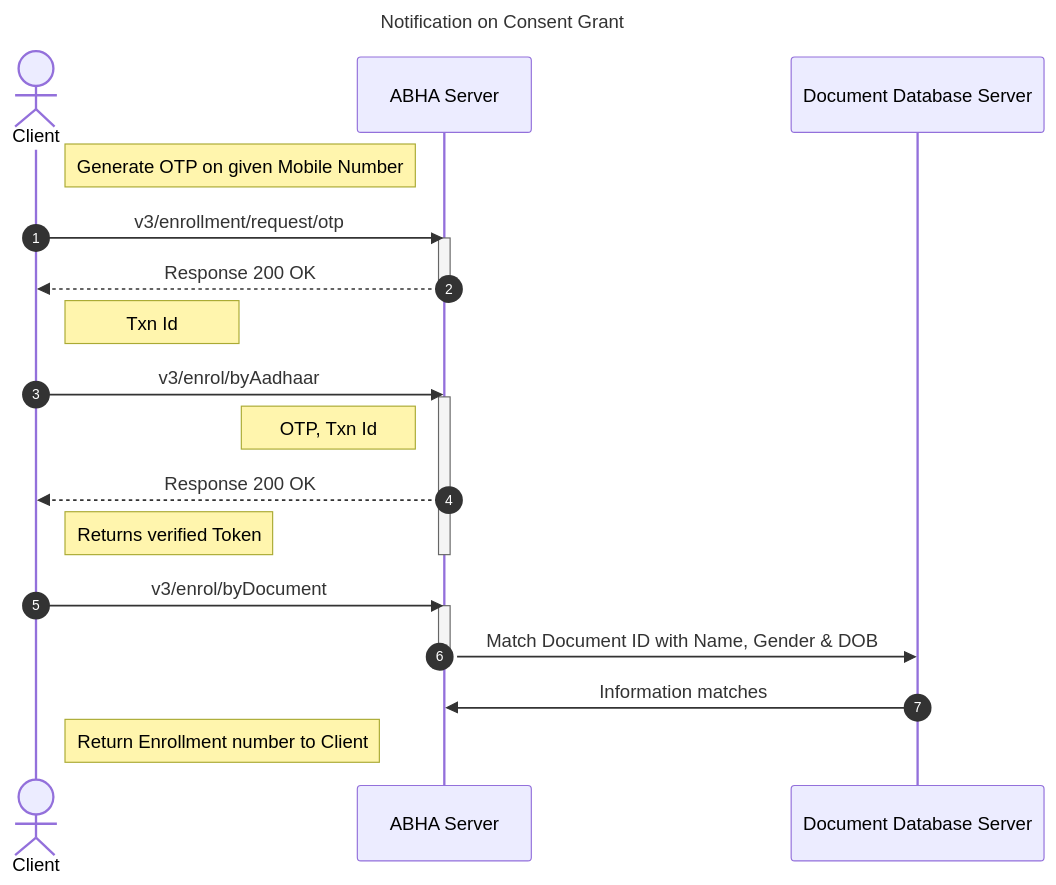
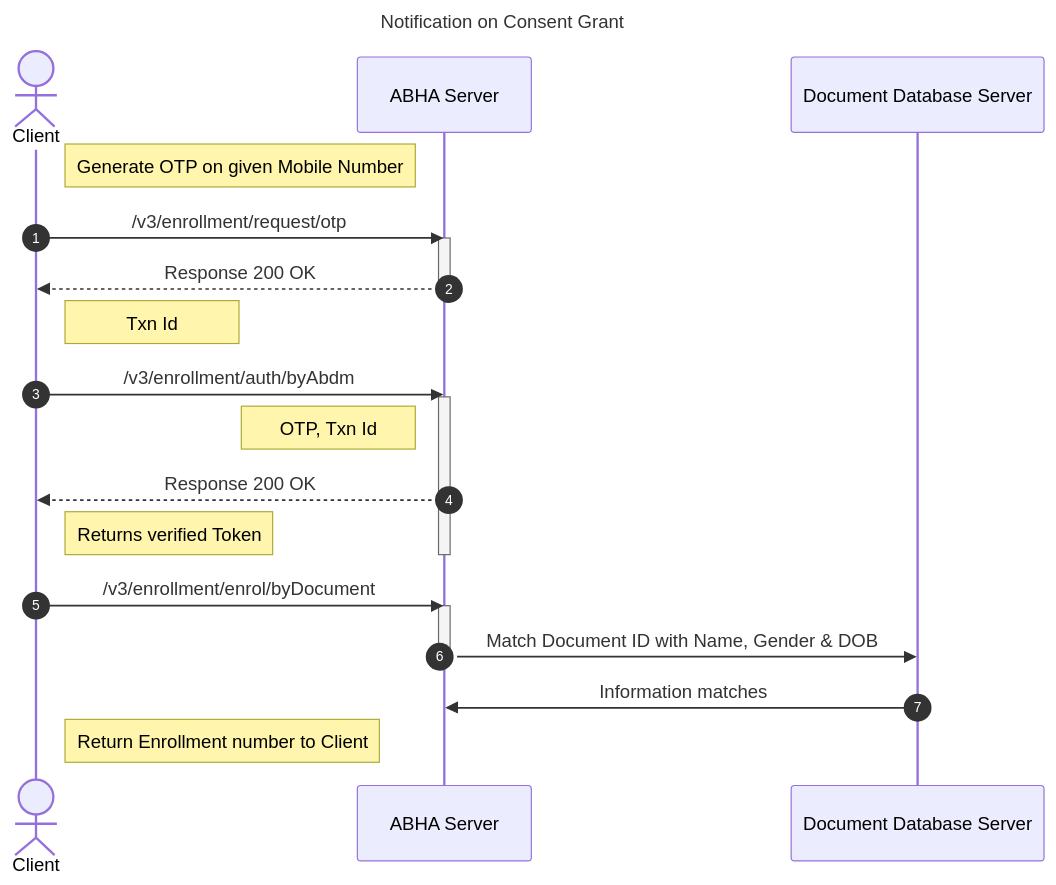
Before and after one commit to kiranma72/abdm-docs: the diagram in content/2-milestone1/abha-number/driving-license.md, drawn with Mermaid. The commit also changed other lines of this file, not shown here.

```diff
--- a/content/2-milestone1/abha-number/driving-license.md
+++ b/content/2-milestone1/abha-number/driving-license.md
@@ -84,24 +84,24 @@
 {{< mermaid >}}
 %%{init:{"fontSize": "1.0rem", "sequence":{"showSequenceNumbers":true}}}%%
 sequenceDiagram
 title Notification on Consent Grant
 actor Client
 Note right of Client: Generate OTP on given Mobile Number
-Client->>ABHA Server:v3/enrollment/request/otp
+Client->>ABHA Server:/v3/enrollment/request/otp
 activate ABHA Server
 ABHA Server-->> Client: Response 200 OK
 deactivate ABHA Server
 Note right of Client: Txn Id
-Client->>ABHA Server:v3/enrol/byAadhaar
+Client->>ABHA Server:/v3/enrollment/auth/byAbdm
 activate ABHA Server
 Note left of ABHA Server: OTP, Txn Id
 ABHA Server-->> Client: Response 200 OK
 Note right of Client: Returns verified Token
 deactivate ABHA Server
-Client->>ABHA Server:v3/enrol/byDocument
+Client->>ABHA Server:/v3/enrollment/enrol/byDocument
 activate ABHA Server
 ABHA Server->> Document Database Server: Match Document ID with Name, Gender & DOB
 deactivate ABHA Server
 Document Database Server->>ABHA Server:Information matches
 Note right of Client: Return Enrollment number to Client
 {{< /mermaid >}}
```
